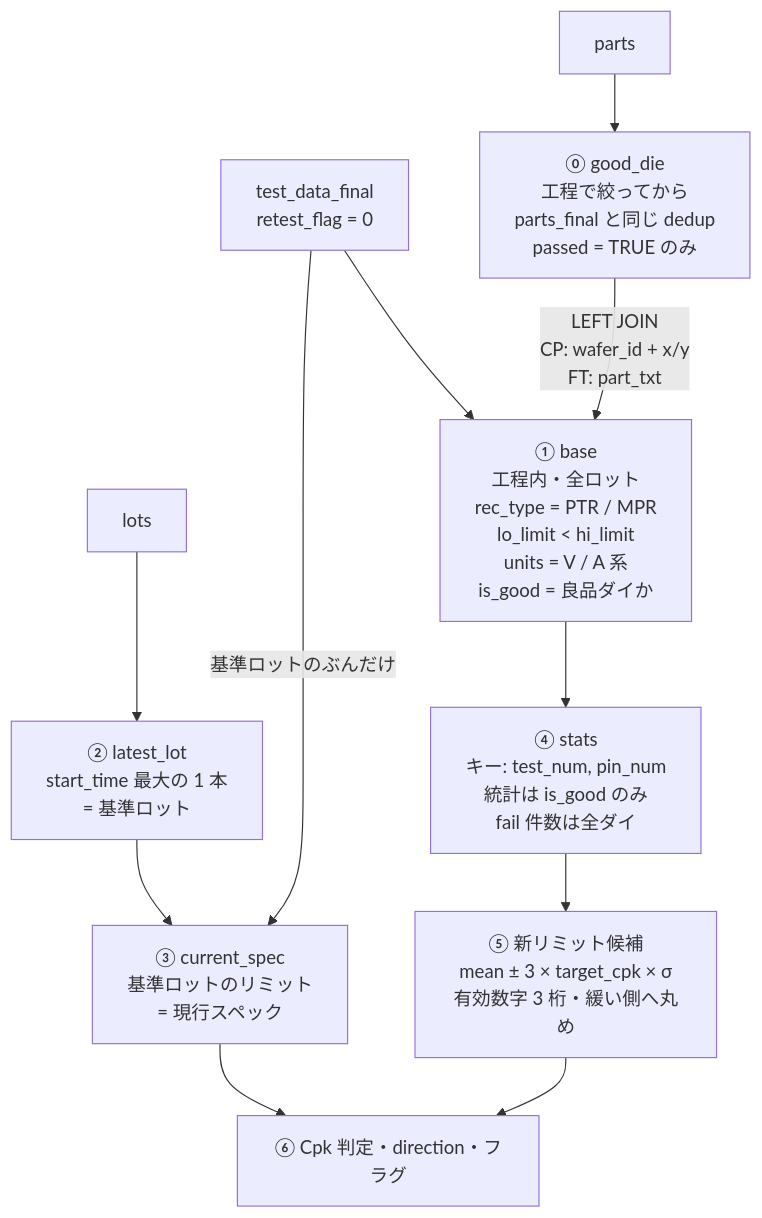
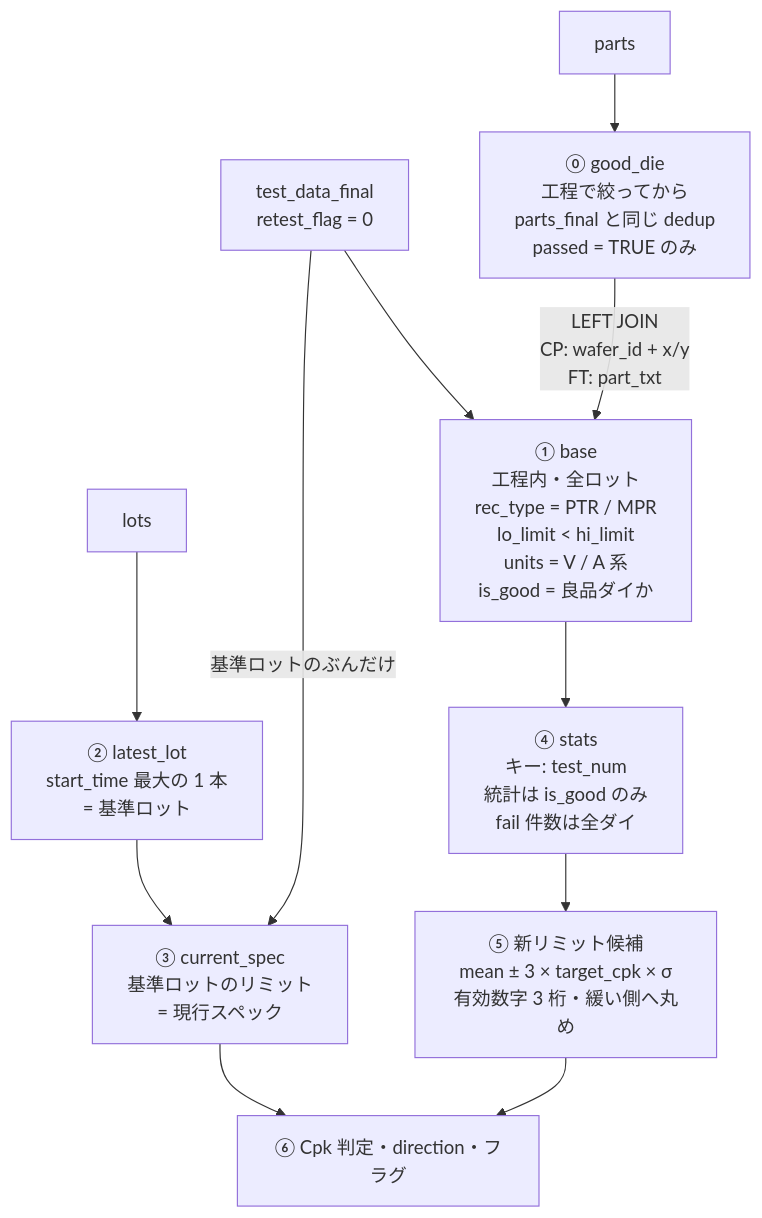
One commit to Kei0bb/STDF changed the first of 2 diagrams in docs/sample_queries.md. Above: the diagram before and after it, drawn with Mermaid. The commit also changed other lines of this file, not shown here.

First line of the commit message:
docs: sample query 8-2 から pin_num / pin_name を削除

````diff
--- a/docs/sample_queries.md
+++ b/docs/sample_queries.md
@@ -703,16 +703,16 @@
 ```mermaid
 flowchart TD
     PA["parts"] --> GD["⓪ good_die<br/>工程で絞ってから<br/>parts_final と同じ dedup<br/>passed = TRUE のみ"]
     TD["test_data_final<br/>retest_flag = 0"] --> BASE
     GD -->|"LEFT JOIN<br/>CP: wafer_id + x/y<br/>FT: part_txt"| BASE
     BASE["① base<br/>工程内・全ロット<br/>rec_type = PTR / MPR<br/>lo_limit &lt; hi_limit<br/>units = V / A 系<br/>is_good = 良品ダイか"]
 
     LO["lots"] --> LL["② latest_lot<br/>start_time 最大の 1 本<br/>= 基準ロット"]
     LL --> CS["③ current_spec<br/>基準ロットのリミット<br/>= 現行スペック"]
     TD -->|"基準ロットのぶんだけ"| CS
 
-    BASE --> ST["④ stats<br/>キー: test_num, pin_num<br/>統計は is_good のみ<br/>fail 件数は全ダイ"]
+    BASE --> ST["④ stats<br/>キー: test_num<br/>統計は is_good のみ<br/>fail 件数は全ダイ"]
     ST --> CAND["⑤ 新リミット候補<br/>mean ± 3 × target_cpk × σ<br/>有効数字 3 桁・緩い側へ丸め"]
     CS --> JUDGE["⑥ Cpk 判定・direction・フラグ"]
     CAND --> JUDGE
 ```
````
